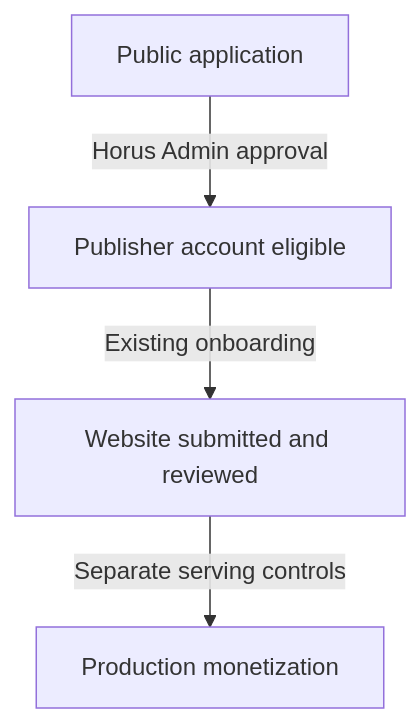
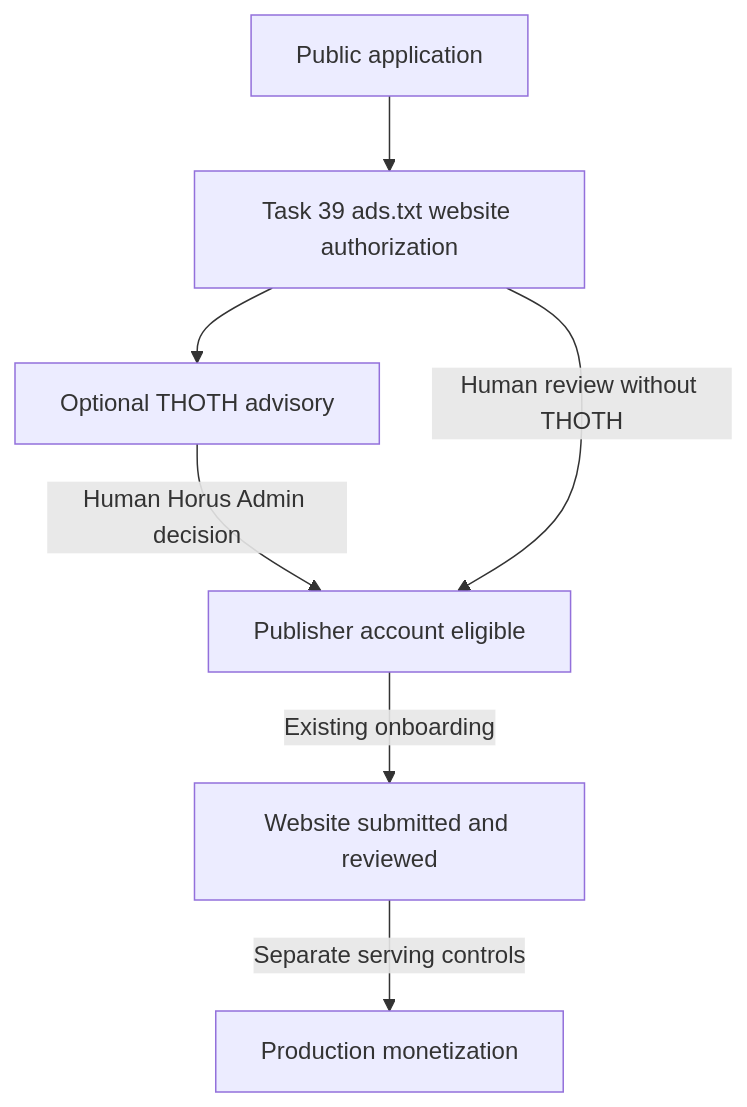
The first of 2 diagrams in docs/PUBLIC_PUBLISHER_APPLICATIONS.md (eltx1/hm01), drawn with Mermaid before and after one commit. The commit also changed other lines of this file, not shown here.

Commit message:
Document Task 40 application review and website evidence flow

````diff
--- a/docs/PUBLIC_PUBLISHER_APPLICATIONS.md
+++ b/docs/PUBLIC_PUBLISHER_APPLICATIONS.md
@@ -12,6 +12,9 @@
 ```mermaid
 flowchart TD
-    A["Public application"] -->|Horus Admin approval| B["Publisher account eligible"]
+    A["Public application"] --> V["Task 39 ads.txt website authorization"]
+    V --> T["Optional THOTH advisory"]
+    T -->|Human Horus Admin decision| B["Publisher account eligible"]
+    V -->|Human review without THOTH| B
     B -->|Existing onboarding| C["Website submitted and reviewed"]
     C -->|Separate serving controls| D["Production monetization"]
 ```
````
